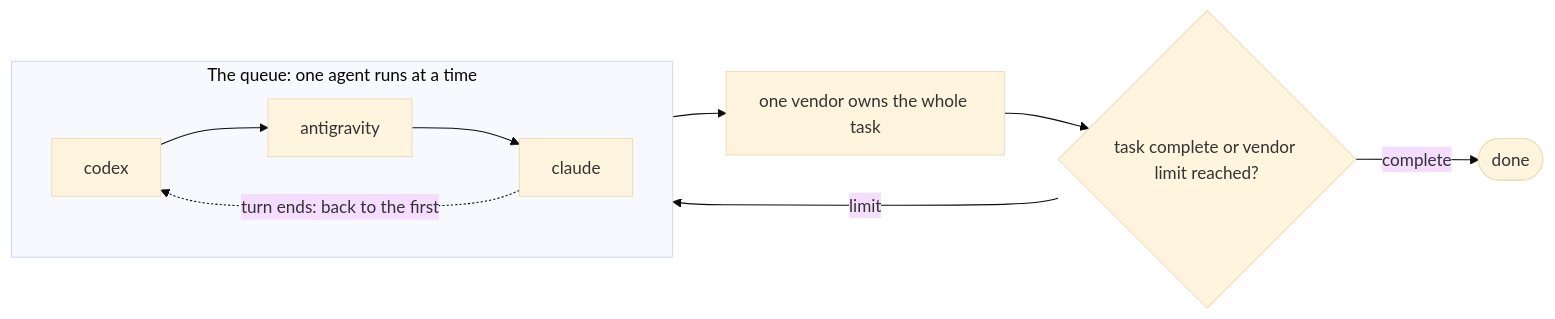
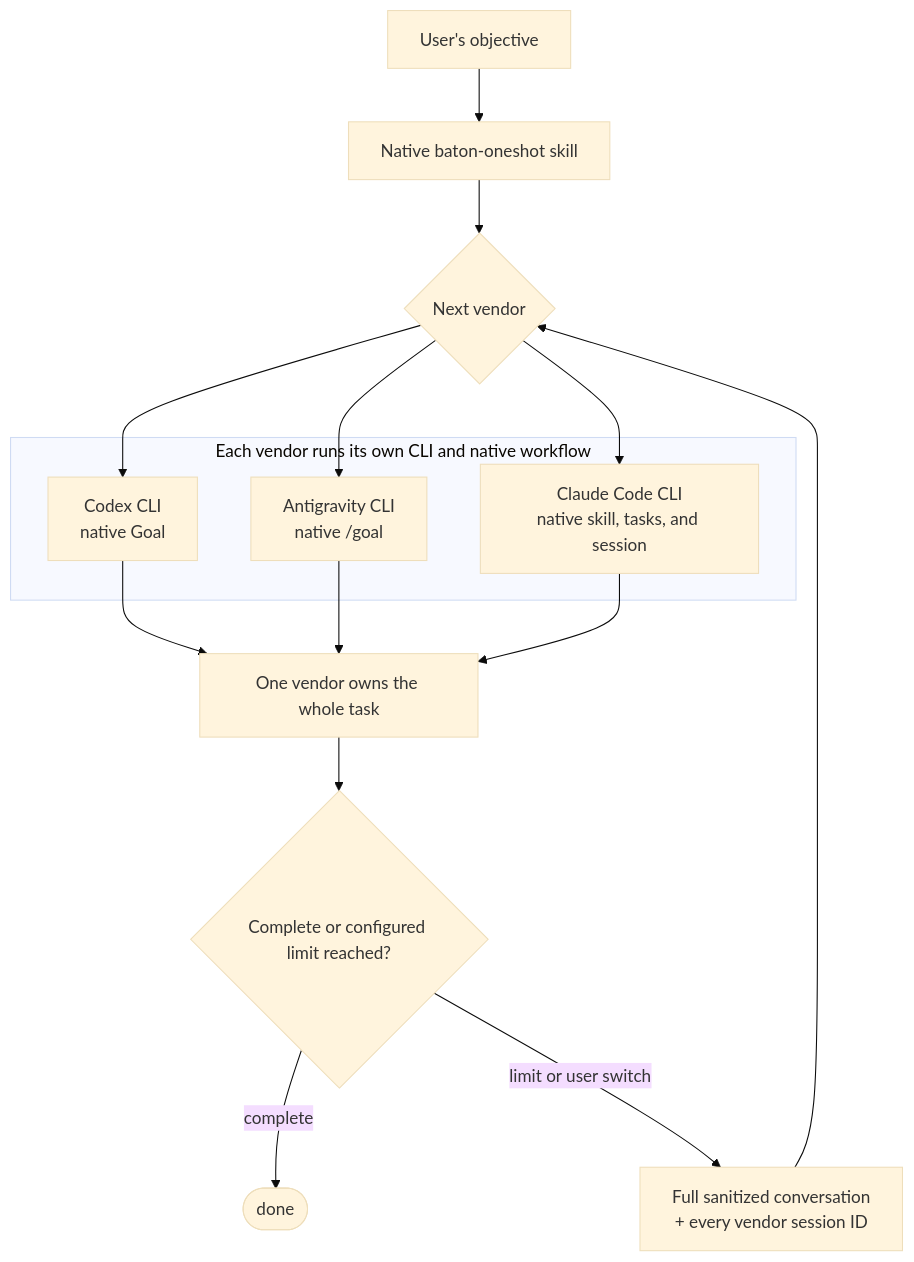
One commit to cahian/baton changed the diagram in README.md. Above: the diagram before and after it, drawn with Mermaid (base theme). The commit also changed other lines of this file and 8 other files, not shown here.

Commit message:
feat: add portable Baton one-shot skill

````diff
--- a/README.md
+++ b/README.md
@@ -22,12 +22,20 @@
 ```mermaid
-flowchart LR
-    subgraph queue["The queue: one agent runs at a time"]
-        direction LR
-        codex["codex"] --> antigravity["antigravity"] --> claude["claude"]
-        claude -. "turn ends: back to the first" .-> codex
+flowchart TB
+    request["User's objective"] --> skill["Native baton-oneshot skill"]
+    skill --> choose{"Next vendor"}
+    subgraph vendors["Each vendor runs its own CLI and native workflow"]
+        codex["Codex CLI<br/>native Goal"]
+        agy["Antigravity CLI<br/>native /goal"]
+        claude["Claude Code CLI<br/>native skill, tasks, and session"]
     end
-    queue --> task["one vendor owns the whole task"]
-    task --> complete{"task complete or vendor limit reached?"}
+    choose --> codex
+    choose --> agy
+    choose --> claude
+    codex --> task["One vendor owns the whole task"]
+    agy --> task
+    claude --> task
+    task --> complete{"Complete or configured limit reached?"}
     complete -- complete --> done(["done"])
-    complete -- limit --> queue
+    complete -- limit or user switch --> transfer["Full sanitized conversation<br/>+ every vendor session ID"]
+    transfer --> choose
 ```
````
